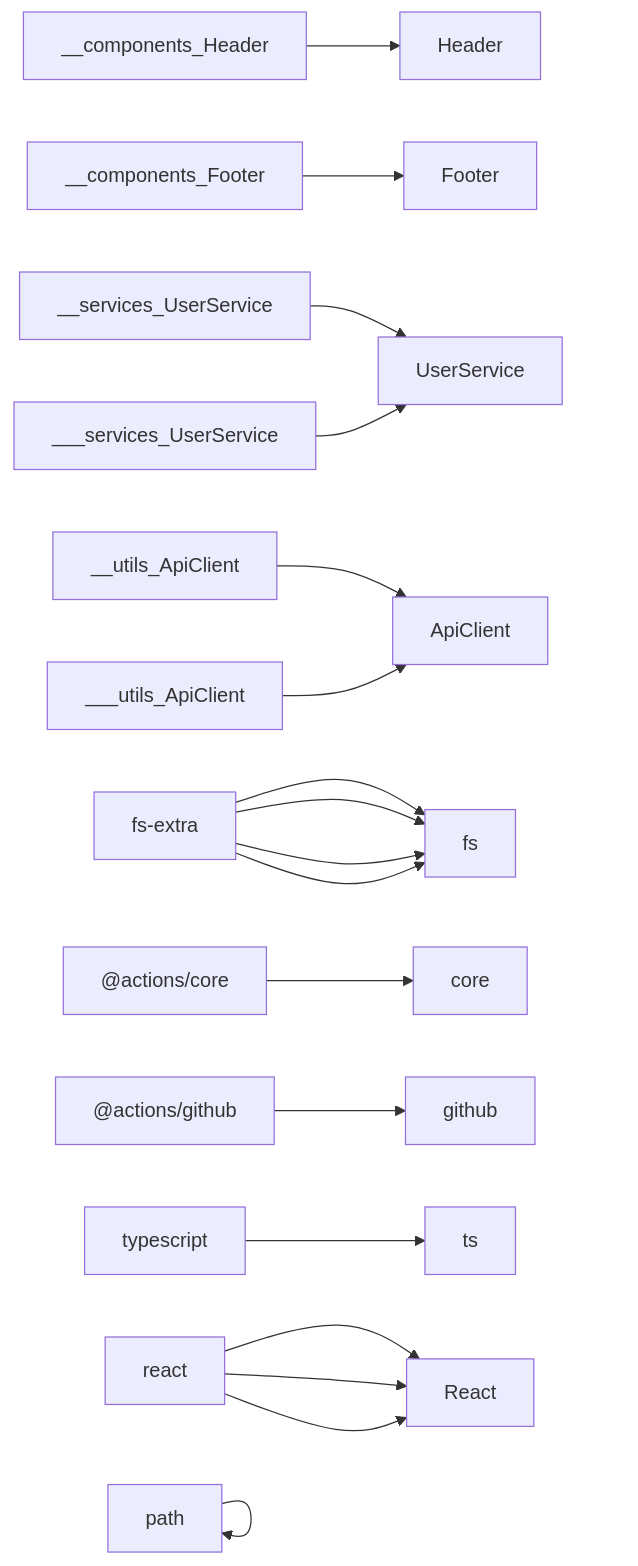
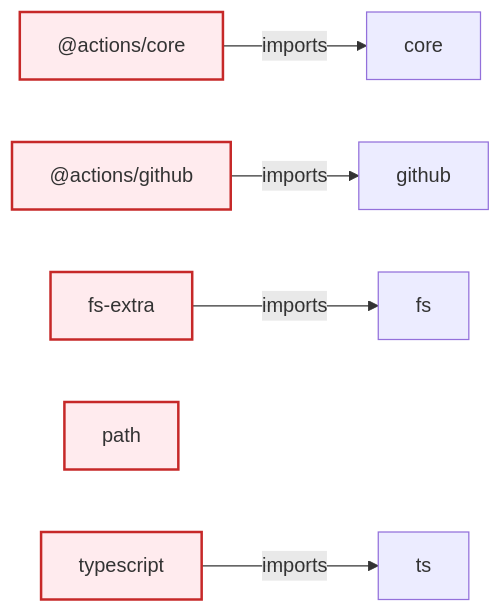
Before and after one commit to samjhill/diagrammer: the diagram in docs/architecture/dependencies.md, drawn with Mermaid. The commit also changed 2 other files, not shown here.

Commit message:
docs(architecture): update generated diagrams [skip ci]

````diff
--- a/docs/architecture/dependencies.md
+++ b/docs/architecture/dependencies.md
@@ -5,36 +5,23 @@
 ```mermaid
 graph LR
   classDef internal fill:#e8f5e8,stroke:#2e7d32,stroke-width:2px
   classDef external fill:#ffebee,stroke:#c62828,stroke-width:2px
+  classDef npm fill:#fff3e0,stroke:#f57c00,stroke-width:2px
+  classDef local fill:#e3f2fd,stroke:#1976d2,stroke-width:2px
 
+  _actions_core["@actions/core"]
+  _actions_core:::external
+  _actions_github["@actions/github"]
+  _actions_github:::external
+  fs_extra["fs-extra"]
+  fs_extra:::external
   path["path"]
-  fs_extra["fs-extra"]
-  _actions_core["@actions/core"]
-  _actions_github["@actions/github"]
+  path:::external
   typescript["typescript"]
-  react["react"]
-  Header["Header"]
-  Footer["Footer"]
-  UserService["UserService"]
-  ApiClient["ApiClient"]
-  path --> path
-  fs_extra --> fs
-  _actions_core --> core
-  _actions_github --> github
-  fs_extra --> fs
-  path --> path
-  path --> path
-  fs_extra --> fs
-  typescript --> ts
-  fs_extra --> fs
-  react --> React
-  __components_Header --> Header
-  __components_Footer --> Footer
-  __services_UserService --> UserService
-  __utils_ApiClient --> ApiClient
-  ___utils_ApiClient --> ApiClient
-  react --> React
-  ___services_UserService --> UserService
-  react --> React
+  typescript:::external
+  _actions_core -->|imports| core
+  _actions_github -->|imports| github
+  fs_extra -->|imports| fs
+  typescript -->|imports| ts
 
 ```
````
